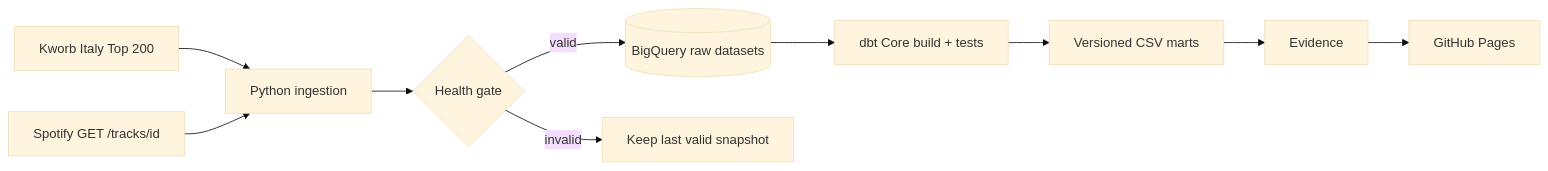
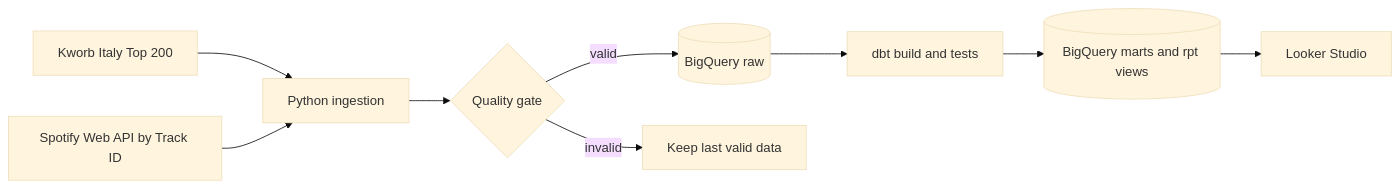
One commit to Ludovicofonti/Portfolio_Ludovico_Fonti changed the diagram in spotify-analytics/README.md. Above: the diagram before and after it, drawn with Mermaid (base theme). The commit also changed other lines of this file and 30 other files, not shown here.

Commit message:
feat(spotify): migrate dashboard to Looker Studio

````diff
--- a/spotify-analytics/README.md
+++ b/spotify-analytics/README.md
@@ -22,12 +41,11 @@
 ```mermaid
 flowchart LR
     K[Kworb Italy Top 200] --> P[Python ingestion]
-    S[Spotify GET /tracks/id] --> P
-    P --> H{Health gate}
-    H -->|valid| D[(BigQuery raw datasets)]
-    H -->|invalid| L[Keep last valid snapshot]
-    D --> B[dbt Core build + tests]
-    B --> C[Versioned CSV marts]
-    C --> E[Evidence]
-    E --> G[GitHub Pages]
+    S[Spotify Web API by Track ID] --> P
+    P --> H{Quality gate}
+    H -->|valid| D[(BigQuery raw)]
+    H -->|invalid| L[Keep last valid data]
+    D --> B[dbt build and tests]
+    B --> M[(BigQuery marts and rpt views)]
+    M --> G[Looker Studio]
 ```
````
